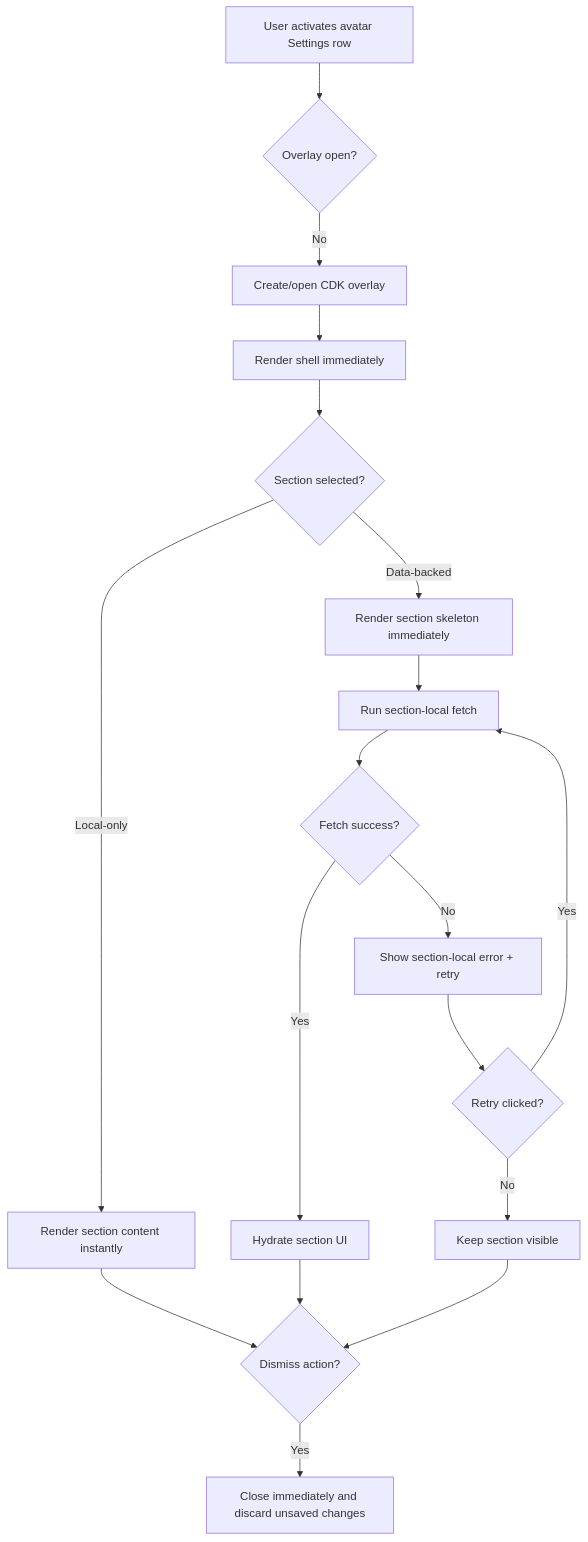
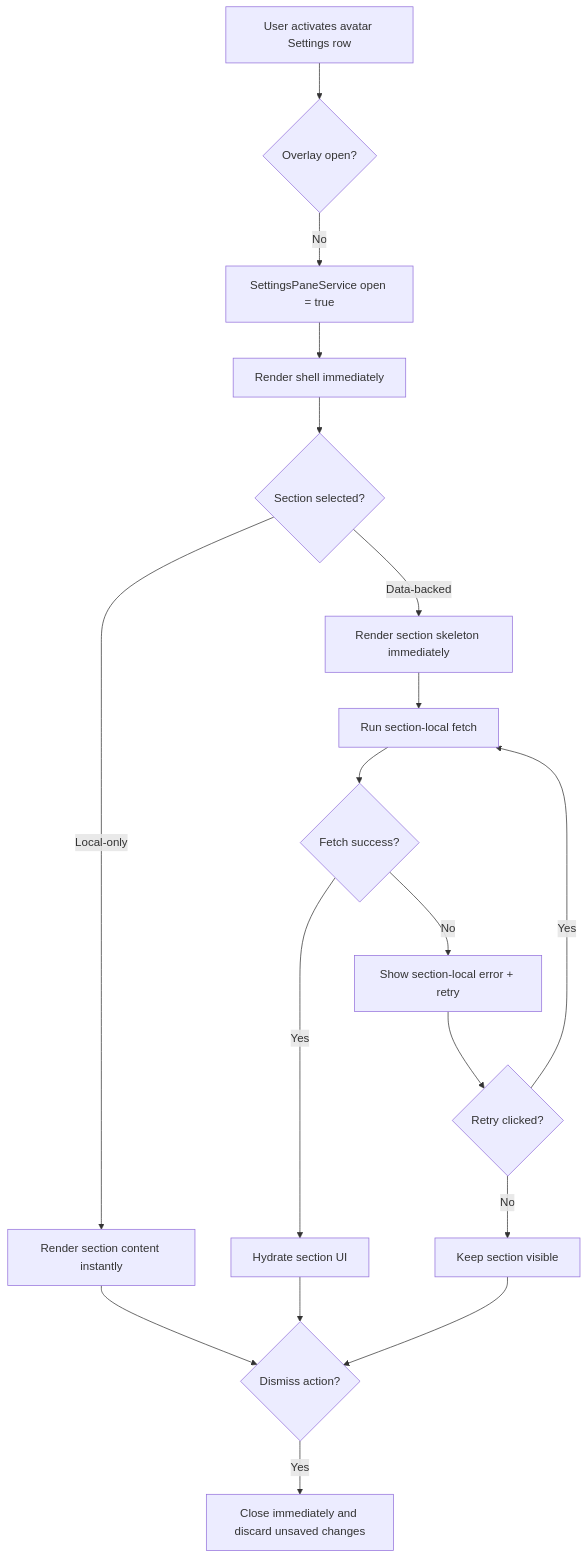
The first of 3 diagrams in docs/specs/ui/settings-overlay/settings-overlay.md (matkleve/feldpost), drawn with Mermaid before and after one commit. The commit also changed other lines of this file and 28 other files, not shown here.

First line of the commit message:
refactor(settings-overlay): implement table of contents for detail sections

````diff
--- a/docs/specs/ui/settings-overlay/settings-overlay.md
+++ b/docs/specs/ui/settings-overlay/settings-overlay.md
@@ -38,20 +42,20 @@
 ```mermaid
 flowchart TD
     A[User activates avatar Settings row] --> B{Overlay open?}
-    B -- No --> C[Create/open CDK overlay]
+    B -- No --> C[SettingsPaneService open = true]
     C --> D[Render shell immediately]
     D --> E{Section selected?}
     E -- Local-only --> F[Render section content instantly]
     E -- Data-backed --> G[Render section skeleton immediately]
     G --> H[Run section-local fetch]
     H --> I{Fetch success?}
     I -- Yes --> J[Hydrate section UI]
     I -- No --> K[Show section-local error + retry]
     K --> L{Retry clicked?}
     L -- Yes --> H
     L -- No --> M[Keep section visible]
     F --> N{Dismiss action?}
     J --> N
     M --> N
     N -- Yes --> O[Close immediately and discard unsaved changes]
 ```
````
